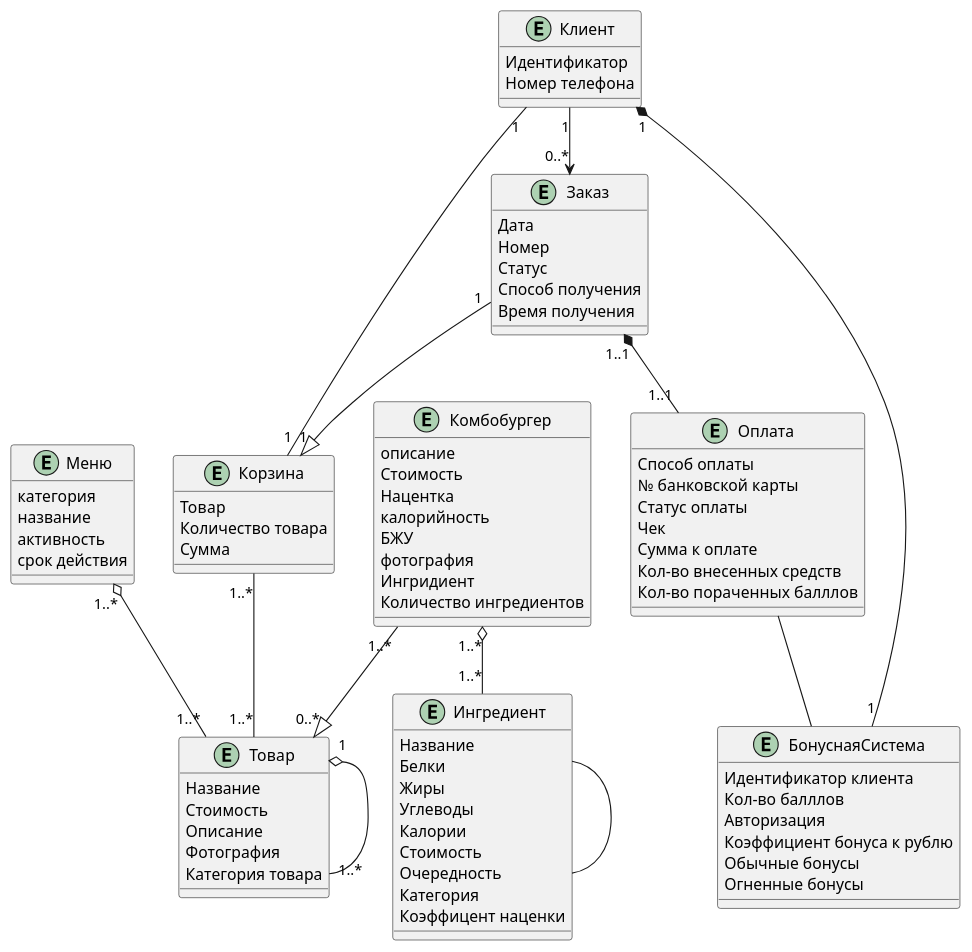
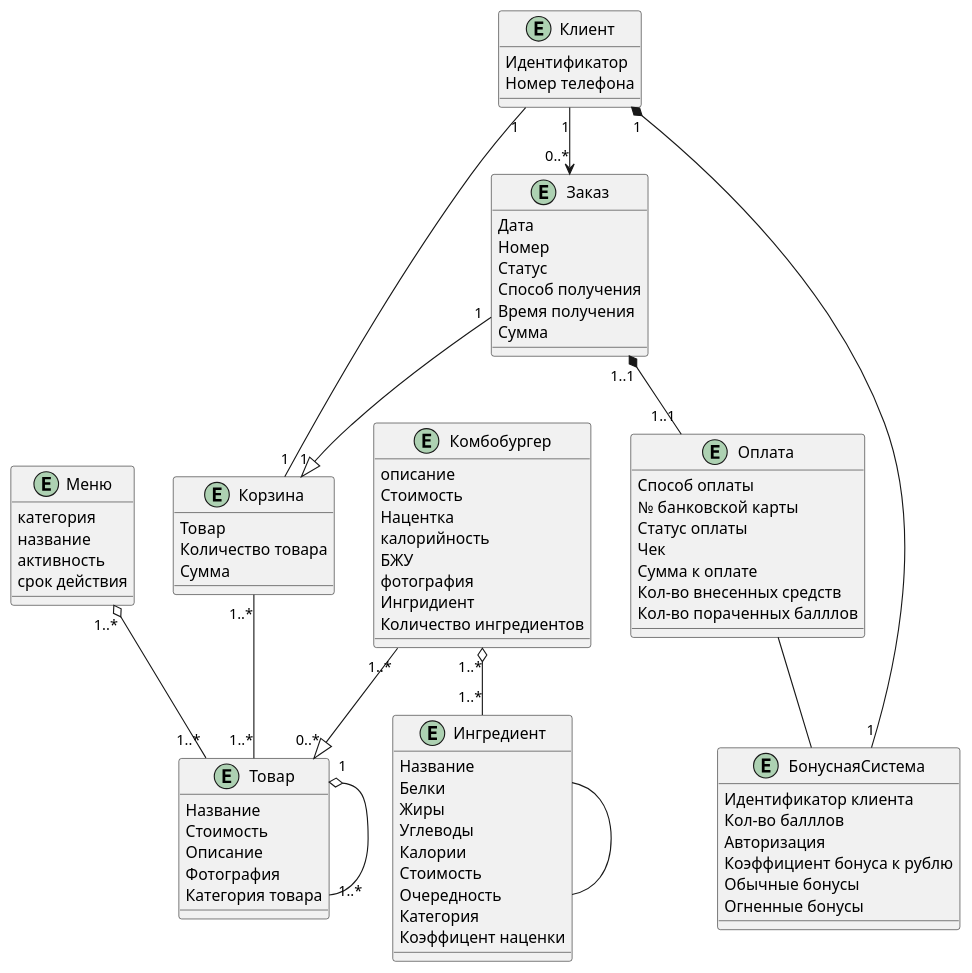
One commit to Maxpothier1990/OTUS_course_paper changed the diagram in docs/diagrams/class/Class_diagram.plantuml. Above: the diagram before and after it, drawn with PlantUML. The commit also changed 1 other file, not shown here.

```diff
--- a/docs/diagrams/class/Class_diagram.plantuml
+++ b/docs/diagrams/class/Class_diagram.plantuml
@@ -1,109 +1,110 @@
 @startuml
 Entity Клиент
 {
 Идентификатор
 Номер телефона
 }
 
 Entity Меню
 {
 категория
 название
 активность
 срок действия
 }
 
 Entity Комбобургер
 {
 описание
 Стоимость
 Нацентка
 калорийность
 БЖУ
 фотография
 Ингридиент
 Количество ингредиентов
 }
 
 
 Entity Товар
 {
 Название
 Стоимость
 Описание
 Фотография
 Категория товара
 }
 
 
 Entity Ингредиент
 {
 Название
 Белки
 Жиры
 Углеводы
 Калории
 Стоимость
 Очередность
 Категория
 Коэффицент наценки
 }
 
 Entity Корзина
 {
 Товар
 Количество товара
 Сумма
 }
 
 Entity Заказ
 {
 Дата
 Номер
 Статус
 Способ получения
 Время получения
+Сумма
 }
 
 Entity Оплата
 {
 Способ оплаты
 № банковской карты
 Статус оплаты
 Чек
 Сумма к оплате
 Кол-во внесенных средств
 Кол-во пораченных балллов
 }
 
 Entity БонуснаяСистема
 {
 Идентификатор клиента
 Кол-во балллов
 Авторизация
 Коэффициент бонуса к рублю
 Обычные бонусы
 Огненные бонусы
 }
 
 
 Меню "1..*" o-- "1..*" Товар 
 Корзина "1..*" -- "1..*" Товар
 Заказ "1" --^ "1" Корзина
 Комбобургер "1..*" o-- "1..*" Ингредиент
 Комбобургер "1..*" --^ "0..*" Товар
 Клиент "1" --> "0..*" Заказ
 Клиент "1" -- "1" Корзина
 Оплата -- БонуснаяСистема
 Клиент "1" *-- "1" БонуснаяСистема
 Заказ "1..1" *-- "1..1" Оплата
 Товар "1" o-- "1..*" Товар
 Ингредиент -- Ингредиент
 
 
 'Клиент "0..1" --> "0..*" Покупка : генерализация
 'Клиент --^ Покупка : наследование
 'Клиент --* Покупка : композиция
 'Клиент --o Покупка : агрегация
 'Клиент -- Покупка : ассоциация
 @enduml
```
